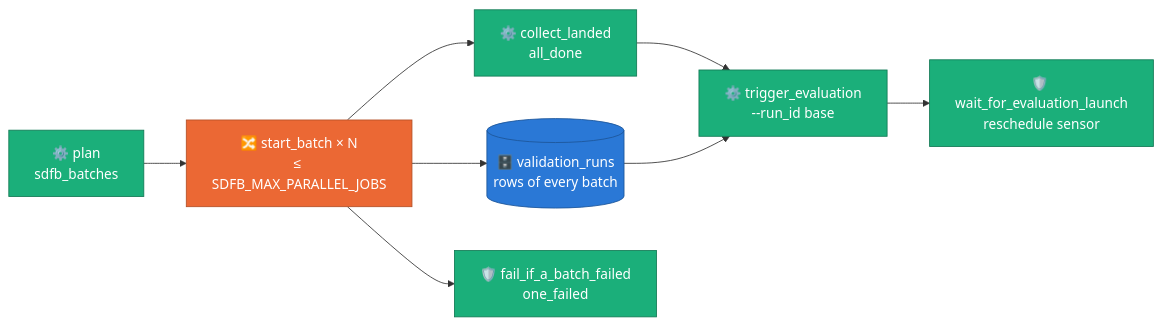
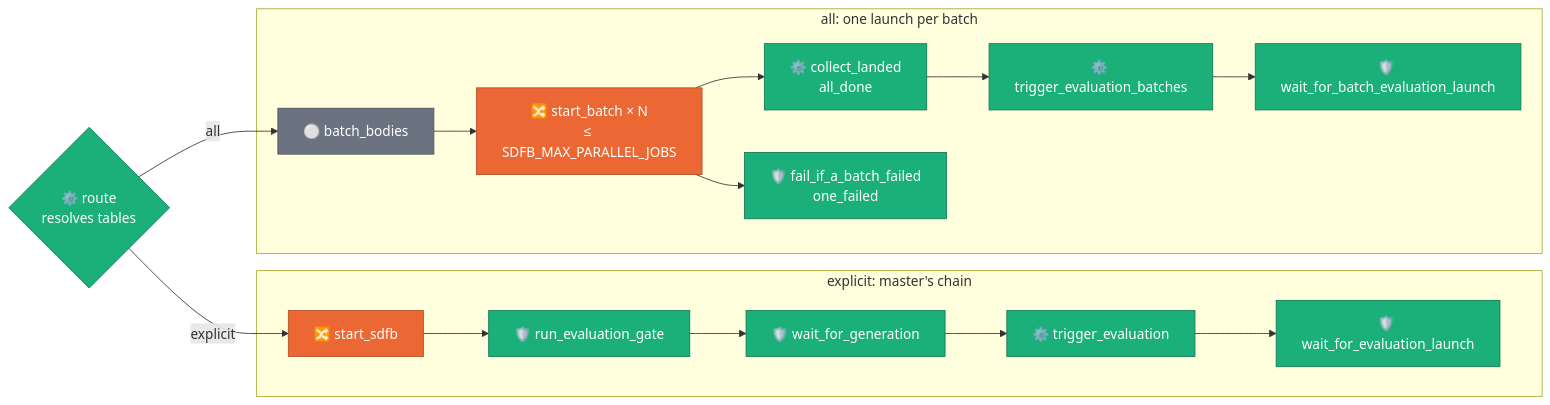
The eighth of 10 diagrams in docs/adr/0045-whole-model-launches.md (albertols/synthetic-llm-dataflow-bigquery), drawn with Mermaid before and after one commit. The commit also changed other lines of this file and 11 other files, not shown here.

````diff
--- a/docs/adr/0045-whole-model-launches.md
+++ b/docs/adr/0045-whole-model-launches.md
@@ -338,23 +349,28 @@
 ```mermaid
 flowchart LR
   classDef beam  fill:#eb6834,color:#fff,stroke:#b44f26
   classDef cpu   fill:#1baf7a,color:#fff,stroke:#127a55
   classDef gpu   fill:#7a3fd1,color:#fff,stroke:#5a2f9d
   classDef store fill:#2a78d6,color:#fff,stroke:#1d5599
   classDef data  fill:#6b7280,color:#fff,stroke:#4b5563
 
-  P["⚙️ plan<br/>sdfb_batches"]:::cpu
-  S["🔀 start_batch × N<br/>≤ SDFB_MAX_PARALLEL_JOBS"]:::beam
-  V[("🗄️ validation_runs<br/>rows of every batch")]:::store
-  C["⚙️ collect_landed<br/>all_done"]:::cpu
-  E["⚙️ trigger_evaluation<br/>--run_id base"]:::cpu
-  W["🛡️ wait_for_evaluation_launch<br/>reschedule sensor"]:::cpu
-  F["🛡️ fail_if_a_batch_failed<br/>one_failed"]:::cpu
-  P --> S
-  S --> V
-  S --> C
-  C --> E
-  V --> E
-  E --> W
-  S --> F
+  R{"⚙️ route<br/>resolves tables"}:::cpu
+  subgraph EX["explicit: master's chain"]
+    S["🔀 start_sdfb"]:::beam
+    G["🛡️ run_evaluation_gate"]:::cpu
+    WG["🛡️ wait_for_generation"]:::cpu
+    TE["⚙️ trigger_evaluation"]:::cpu
+    WE["🛡️ wait_for_evaluation_launch"]:::cpu
+  end
+  subgraph AL["all: one launch per batch"]
+    BB["⚪ batch_bodies"]:::data
+    SB["🔀 start_batch × N<br/>≤ SDFB_MAX_PARALLEL_JOBS"]:::beam
+    CL["⚙️ collect_landed<br/>all_done"]:::cpu
+    TB["⚙️ trigger_evaluation_batches"]:::cpu
+    WB["🛡️ wait_for_batch_evaluation_launch"]:::cpu
+    F["🛡️ fail_if_a_batch_failed<br/>one_failed"]:::cpu
+  end
+  R -->|"explicit"| S --> G --> WG --> TE --> WE
+  R -->|"all"| BB --> SB --> CL --> TB --> WB
+  SB --> F
 ```
````
